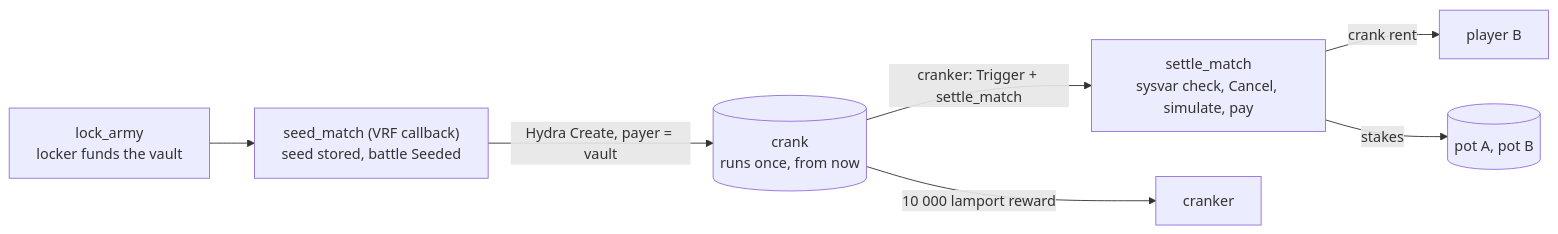
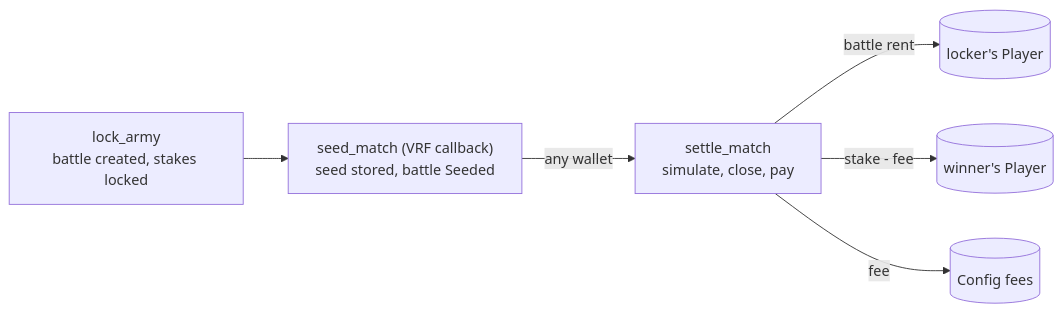
The third of 3 diagrams in docs/src/matchmaking.md (Dodecahedr0x/horizon-zero), drawn with Mermaid before and after one commit. The commit also changed other lines of this file and 19 other files, not shown here.

First line of the commit message:
feat: Player stakes, ephemeral accounts and a permissionless settlement with the protocol fee

````diff
--- a/docs/src/matchmaking.md
+++ b/docs/src/matchmaking.md
@@ -98,9 +97,8 @@
 ```mermaid
 flowchart LR
-  Lock["lock_army<br/>locker funds the vault"] --> Seed["seed_match (VRF callback)<br/>seed stored, battle Seeded"]
-  Seed -->|"Hydra Create, payer = vault"| Crank[("crank<br/>runs once, from now")]
-  Crank -->|"cranker: Trigger + settle_match"| Settle["settle_match<br/>sysvar check, Cancel, simulate, pay"]
-  Settle -->|"crank rent"| Locker["player B"]
-  Settle -->|"stakes"| Pots[("pot A, pot B")]
-  Crank -->|"10 000 lamport reward"| Cranker["cranker"]
+  Lock["lock_army<br/>battle created, stakes locked"] --> Seed["seed_match (VRF callback)<br/>seed stored, battle Seeded"]
+  Seed -->|"any wallet"| Settle["settle_match<br/>simulate, close, pay"]
+  Settle -->|"battle rent"| LockerP[("locker's Player")]
+  Settle -->|"stake - fee"| WinnerP[("winner's Player")]
+  Settle -->|"fee"| Config[("Config fees")]
 ```
````
